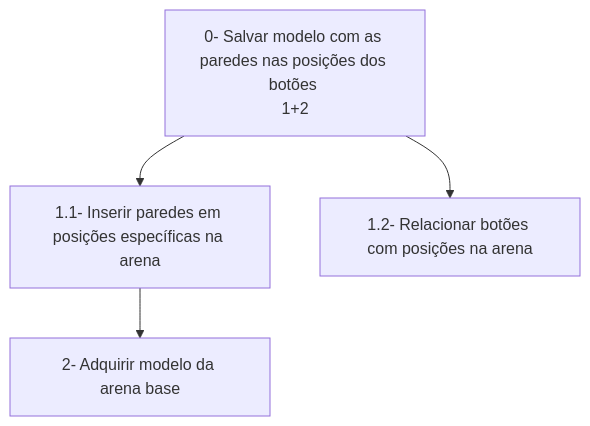
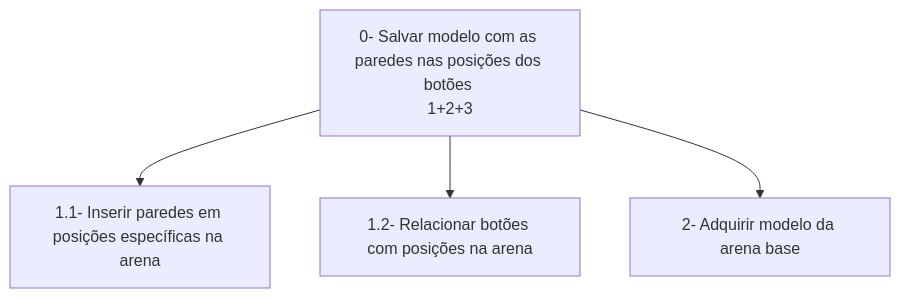
Before and after one commit to mdarce765/ProjetoIHC: the second of 2 diagrams in Arquivos/Documentos/5_analise_tarefas.md, drawn with Mermaid. The commit also changed other lines of this file, not shown here.

````diff
--- a/Arquivos/Documentos/5_analise_tarefas.md
+++ b/Arquivos/Documentos/5_analise_tarefas.md
@@ -26,12 +26,12 @@
 ```mermaid
 graph TD;
     
-    id1[0- Salvar modelo com as paredes nas posições dos botões <br>1+2]
+    id1[0- Salvar modelo com as paredes nas posições dos botões <br>1+2+3]
     id2[1.1- Inserir paredes em posições específicas na arena]
     id3[1.2- Relacionar botões com posições na arena]
     id4[2- Adquirir modelo da arena base]
     
     id1-->id2;
     id1-->id3;
-    id2-->id4;
+    id1-->id4;
 ```
````
